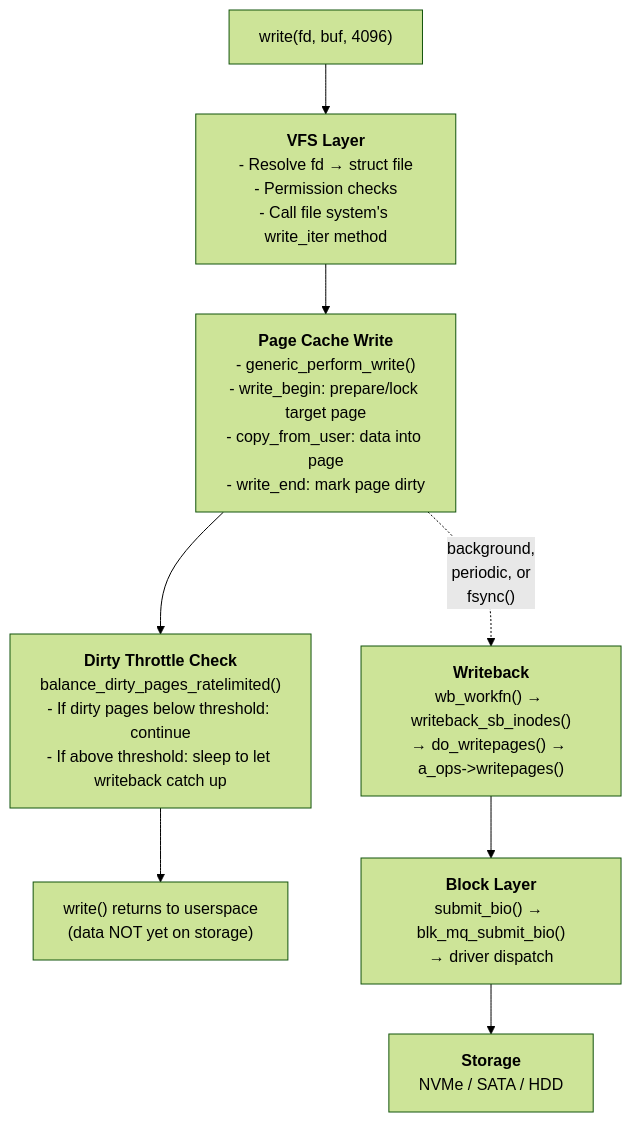
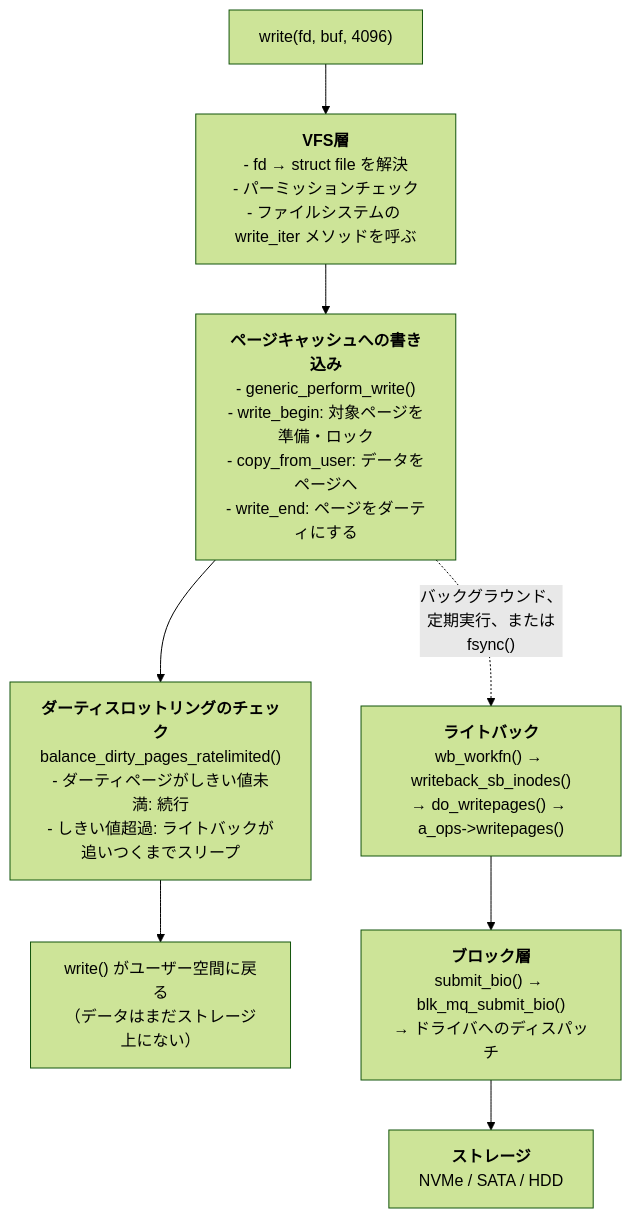
The first of 2 diagrams in docs/io/life-of-a-write.md (doguto/linux-kernel-internals-jp), drawn with Mermaid (forest theme) before and after one commit. The commit also changed other lines of this file and 2 other files, not shown here.

````diff
--- a/docs/io/life-of-a-write.md
+++ b/docs/io/life-of-a-write.md
@@ -9,19 +9,19 @@
 ```mermaid
 flowchart TD
     A["write(fd, buf, 4096)"] --> B
 
-    B["<b>VFS Layer</b><br/>- Resolve fd → struct file<br/>- Permission checks<br/>- Call file system's write_iter method"]
+    B["<b>VFS層</b><br/>- fd → struct file を解決<br/>- パーミッションチェック<br/>- ファイルシステムの write_iter メソッドを呼ぶ"]
     B --> C
 
-    C["<b>Page Cache Write</b><br/>- generic_perform_write()<br/>- write_begin: prepare/lock target page<br/>- copy_from_user: data into page<br/>- write_end: mark page dirty"]
+    C["<b>ページキャッシュへの書き込み</b><br/>- generic_perform_write()<br/>- write_begin: 対象ページを準備・ロック<br/>- copy_from_user: データをページへ<br/>- write_end: ページをダーティにする"]
     C --> D
 
-    D["<b>Dirty Throttle Check</b><br/>balance_dirty_pages_ratelimited()<br/>- If dirty pages below threshold: continue<br/>- If above threshold: sleep to let writeback catch up"]
-    D --> E["write() returns to userspace<br/>(data NOT yet on storage)"]
+    D["<b>ダーティスロットリングのチェック</b><br/>balance_dirty_pages_ratelimited()<br/>- ダーティページがしきい値未満: 続行<br/>- しきい値超過: ライトバックが追いつくまでスリープ"]
+    D --> E["write() がユーザー空間に戻る<br/>（データはまだストレージ上にない）"]
 
-    C -.->|"background,<br/>periodic, or<br/>fsync()"| F
+    C -.->|"バックグラウンド、<br/>定期実行、または<br/>fsync()"| F
 
-    F["<b>Writeback</b><br/>wb_workfn() → writeback_sb_inodes()<br/>→ do_writepages() → a_ops->writepages()"]
-    F --> G["<b>Block Layer</b><br/>submit_bio() → blk_mq_submit_bio()<br/>→ driver dispatch"]
-    G --> H["<b>Storage</b><br/>NVMe / SATA / HDD"]
+    F["<b>ライトバック</b><br/>wb_workfn() → writeback_sb_inodes()<br/>→ do_writepages() → a_ops->writepages()"]
+    F --> G["<b>ブロック層</b><br/>submit_bio() → blk_mq_submit_bio()<br/>→ ドライバへのディスパッチ"]
+    G --> H["<b>ストレージ</b><br/>NVMe / SATA / HDD"]
 ```
````
